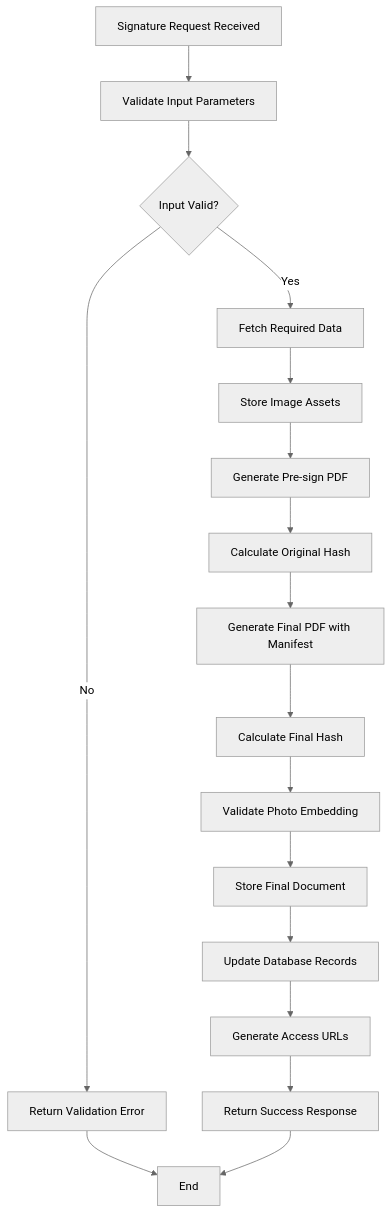
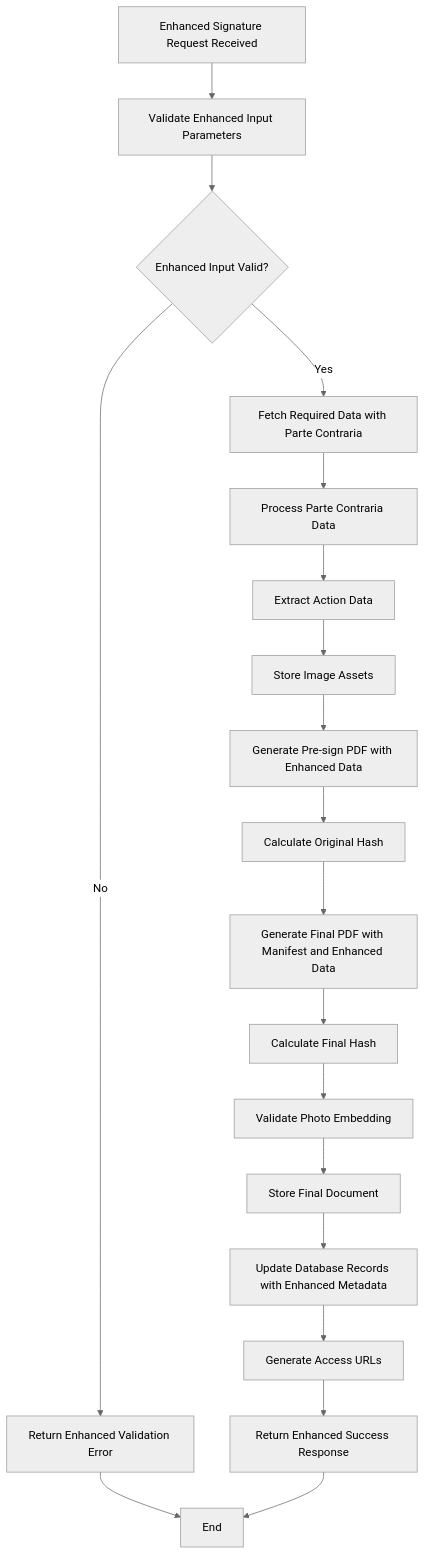
One commit to SinesysTech/zattar-os changed the fourth of 17 diagrams in .qoder/repowiki/en/content/Document Management and AI Editor/Digital Signature Workflows.md. Above: the diagram before and after it, drawn with Mermaid (neutral theme). The commit also changed other lines of this file and 103 other files, not shown here.

````diff
--- a/.qoder/repowiki/en/content/Document Management and AI Editor/Digital Signature Workflows.md
+++ b/.qoder/repowiki/en/content/Document Management and AI Editor/Digital Signature Workflows.md
@@ -269,19 +282,21 @@
 ```mermaid
 flowchart TD
-A[Signature Request Received] --> B[Validate Input Parameters]
-B --> C{Input Valid?}
-C --> |No| D[Return Validation Error]
-C --> |Yes| E[Fetch Required Data]
-E --> F[Store Image Assets]
-F --> G[Generate Pre-sign PDF]
-G --> H[Calculate Original Hash]
-H --> I[Generate Final PDF with Manifest]
-I --> J[Calculate Final Hash]
-J --> K[Validate Photo Embedding]
-K --> L[Store Final Document]
-L --> M[Update Database Records]
-M --> N[Generate Access URLs]
-N --> O[Return Success Response]
-D --> P[End]
-O --> P
+A[Enhanced Signature Request Received] --> B[Validate Enhanced Input Parameters]
+B --> C{Enhanced Input Valid?}
+C --> |No| D[Return Enhanced Validation Error]
+C --> |Yes| E[Fetch Required Data with Parte Contraria]
+E --> F[Process Parte Contraria Data]
+F --> G[Extract Action Data]
+G --> H[Store Image Assets]
+H --> I[Generate Pre-sign PDF with Enhanced Data]
+I --> J[Calculate Original Hash]
+J --> K[Generate Final PDF with Manifest and Enhanced Data]
+K --> L[Calculate Final Hash]
+L --> M[Validate Photo Embedding]
+M --> N[Store Final Document]
+N --> O[Update Database Records with Enhanced Metadata]
+O --> P[Generate Access URLs]
+P --> Q[Return Enhanced Success Response]
+D --> R[End]
+Q --> R
 ```
````
